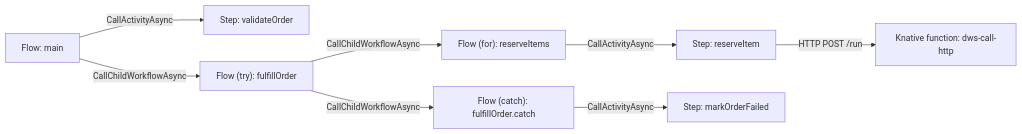
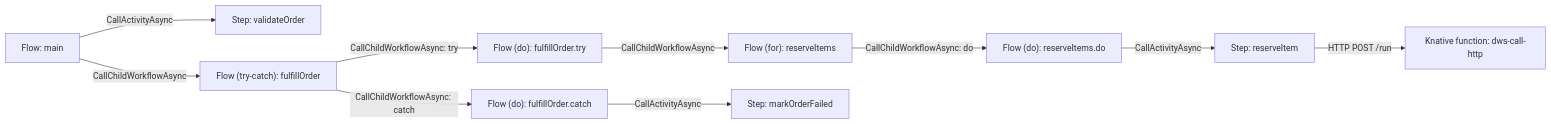
The first of 6 diagrams in docs/roadmaps/workflow-runtime-architecture.md (tonylibs/dapr-workflow-spec), drawn with Mermaid before and after one commit. The commit also changed other lines of this file and 3 other files, not shown here.

First line of the commit message:
docs(controller): sync the runtime architecture doc with ADR 0004

````diff
--- a/docs/roadmaps/workflow-runtime-architecture.md
+++ b/docs/roadmaps/workflow-runtime-architecture.md
@@ -154,10 +152,12 @@
 ```mermaid
 flowchart LR
   Main["Flow: main"] -->|CallActivityAsync| Validate["Step: validateOrder"]
-  Main -->|CallChildWorkflowAsync| Try["Flow (try): fulfillOrder"]
-  Try -->|CallChildWorkflowAsync| For["Flow (for): reserveItems"]
-  For -->|CallActivityAsync| Reserve["Step: reserveItem"]
+  Main -->|CallChildWorkflowAsync| TryCatch["Flow (try-catch): fulfillOrder"]
+  TryCatch -->|CallChildWorkflowAsync: try| TryDo["Flow (do): fulfillOrder.try"]
+  TryCatch -->|CallChildWorkflowAsync: catch| CatchDo["Flow (do): fulfillOrder.catch"]
+  TryDo -->|CallChildWorkflowAsync| For["Flow (for): reserveItems"]
+  For -->|CallChildWorkflowAsync: do| ForDo["Flow (do): reserveItems.do"]
+  ForDo -->|CallActivityAsync| Reserve["Step: reserveItem"]
   Reserve -->|HTTP POST /run| Http["Knative function: dws-call-http"]
-  Try -->|CallChildWorkflowAsync| Catch["Flow (catch): fulfillOrder.catch"]
-  Catch -->|CallActivityAsync| Failed["Step: markOrderFailed"]
+  CatchDo -->|CallActivityAsync| Failed["Step: markOrderFailed"]
 ```
````
